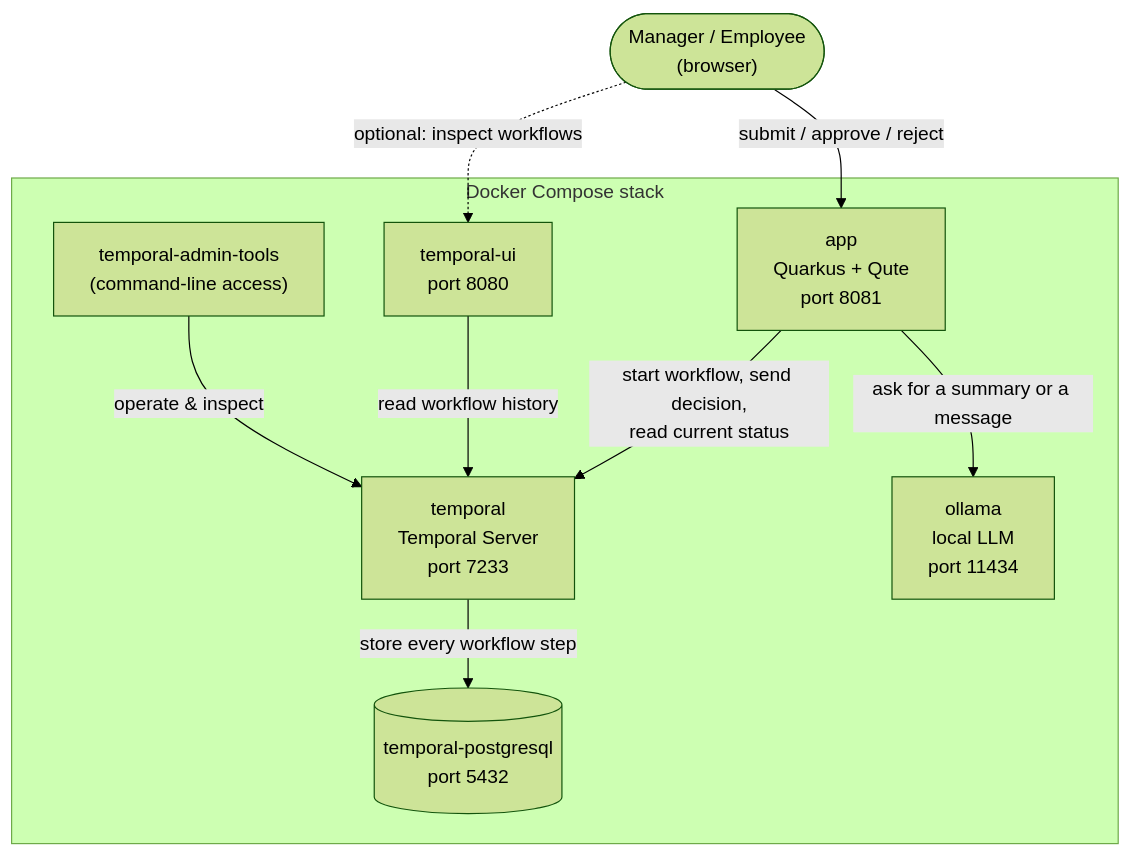
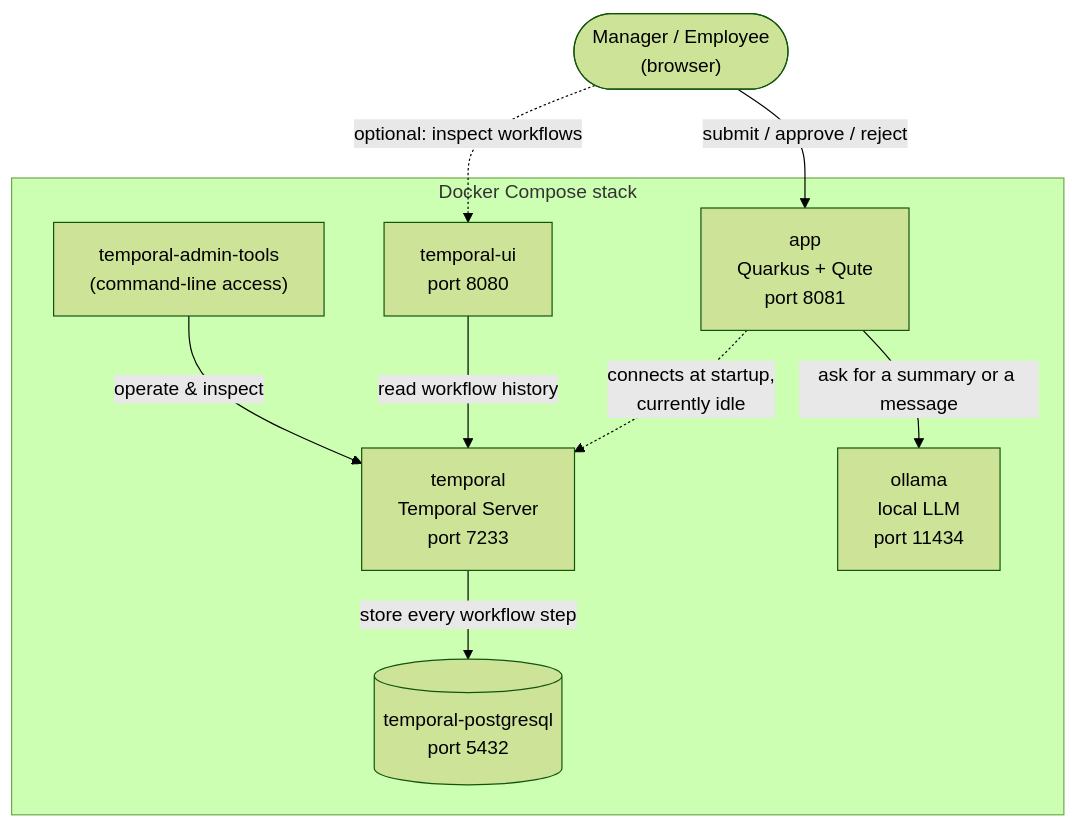
Before and after one commit to JohannesRabauer/temporal-langchain4j-workflow-demo: the first of 2 diagrams in README.md, drawn with Mermaid (forest theme). The commit also changed other lines of this file and 22 other files, not shown here.

````diff
--- a/README.md
+++ b/README.md
@@ -29,23 +33,23 @@
 ```mermaid
 flowchart TB
     Browser(["Manager / Employee<br/>(browser)"])
 
     subgraph stack ["Docker Compose stack"]
         App["app<br/>Quarkus + Qute<br/>port 8081"]
         Temporal["temporal<br/>Temporal Server<br/>port 7233"]
         Postgres[("temporal-postgresql<br/>port 5432")]
         UI["temporal-ui<br/>port 8080"]
         AdminTools["temporal-admin-tools<br/>(command-line access)"]
         Ollama["ollama<br/>local LLM<br/>port 11434"]
     end
 
     Browser -->|"submit / approve / reject"| App
     Browser -.->|"optional: inspect workflows"| UI
 
-    App -->|"start workflow, send decision,<br/>read current status"| Temporal
+    App -.->|"connects at startup,<br/>currently idle"| Temporal
     App -->|"ask for a summary or a message"| Ollama
 
     Temporal -->|"store every workflow step"| Postgres
     UI -->|"read workflow history"| Temporal
     AdminTools -->|"operate & inspect"| Temporal
 ```
````
